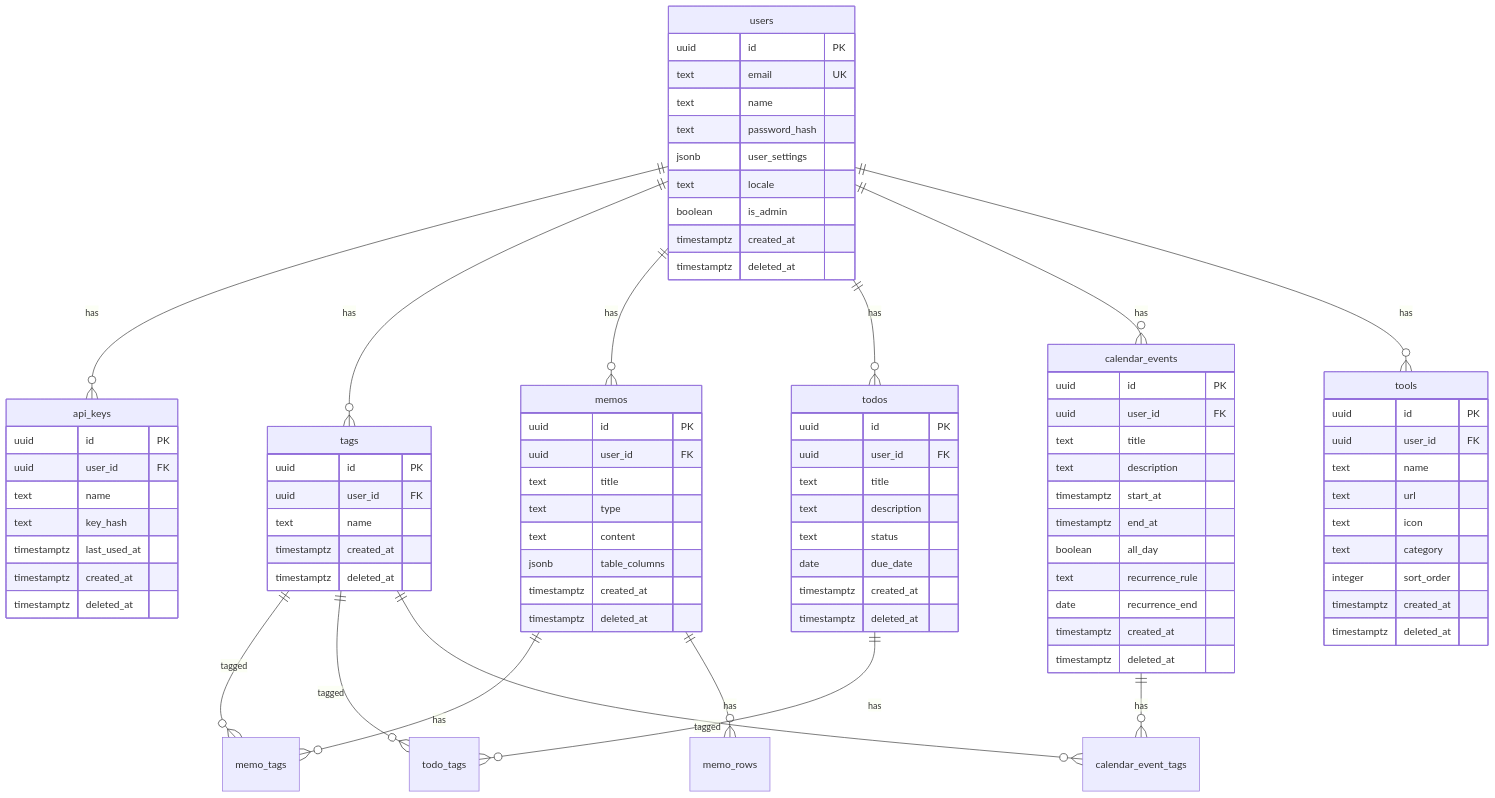
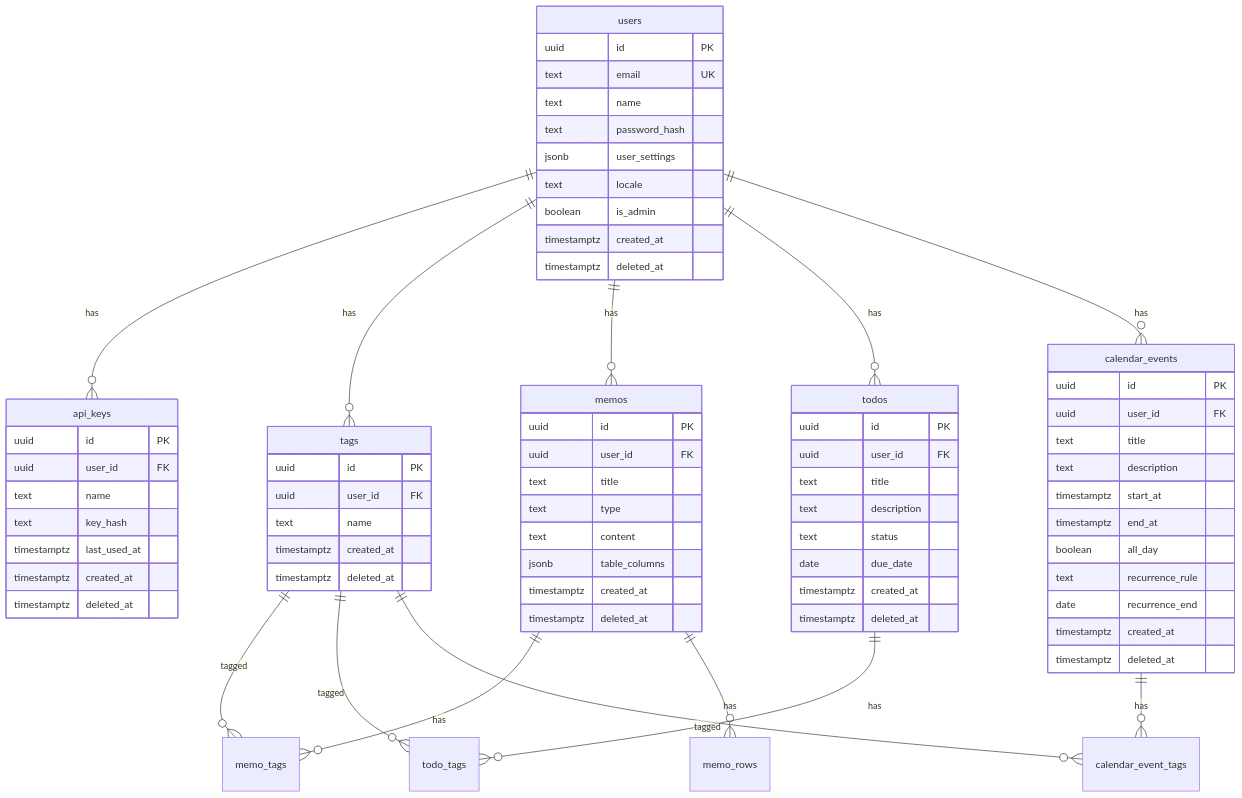
Before and after one commit to krtw00/konbu: the diagram in docs/03-details/data-model.md, drawn with Mermaid. The commit also changed other lines of this file and 14 other files, not shown here.

```diff
--- a/docs/03-details/data-model.md
+++ b/docs/03-details/data-model.md
@@ -22,7 +22,6 @@
     users ||--o{ memos : "has"
     users ||--o{ todos : "has"
     users ||--o{ calendar_events : "has"
-    users ||--o{ tools : "has"
     memos ||--o{ memo_tags : "has"
     memos ||--o{ memo_rows : "has"
     todos ||--o{ todo_tags : "has"
@@ -79,18 +78,6 @@
         timestamptz deleted_at
     }
 
-    tools {
-        uuid id PK
-        uuid user_id FK
-        text name
-        text url
-        text icon
-        text category
-        integer sort_order
-        timestamptz created_at
-        timestamptz deleted_at
-    }
-
     tags {
         uuid id PK
         uuid user_id FK
```
